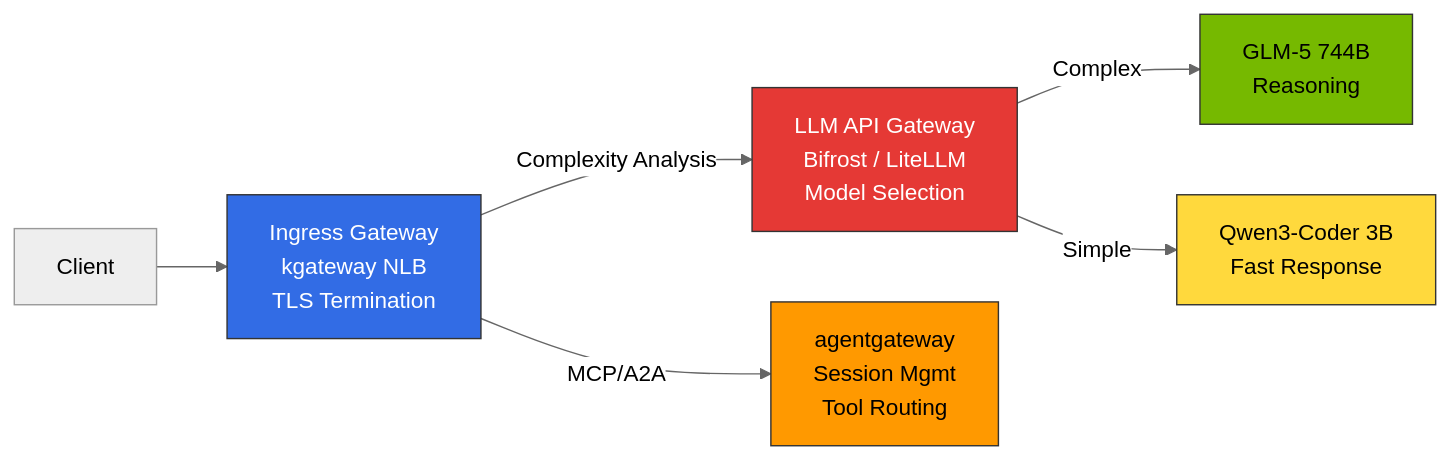
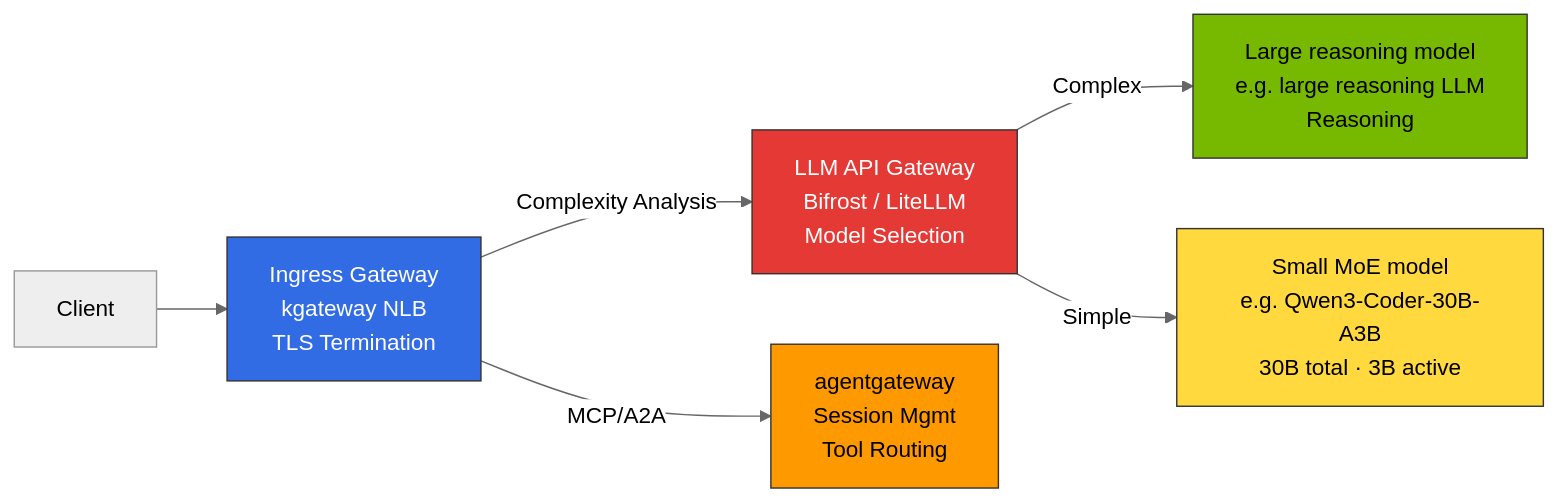
One commit to devfloor9/engineering-playbook changed the first of 4 diagrams in docs/agentic-ai-platform/model-serving/inference-routing/routing-strategy.md. Above: the diagram before and after it, drawn with Mermaid (neutral theme). The commit also changed other lines of this file and 37 other files, not shown here.

````diff
--- a/docs/agentic-ai-platform/model-serving/inference-routing/routing-strategy.md
+++ b/docs/agentic-ai-platform/model-serving/inference-routing/routing-strategy.md
@@ -55,14 +55,14 @@
 ```mermaid
 graph LR
     Client[Client] --> IGW[Ingress Gateway<br/>kgateway NLB<br/>TLS Termination]
     IGW -->|Complexity Analysis| IFG[LLM API Gateway<br/>Bifrost / LiteLLM<br/>Model Selection]
-    IFG -->|Complex| LLM[GLM-5 744B<br/>Reasoning]
-    IFG -->|Simple| SLM[Qwen3-Coder 3B<br/>Fast Response]
+    IFG -->|Complex| LLM[Large reasoning model<br/>e.g. large reasoning LLM<br/>Reasoning]
+    IFG -->|Simple| SLM[Small MoE model<br/>e.g. Qwen3-Coder-30B-A3B<br/>30B total · 3B active]
     IGW -->|MCP/A2A| AGW[agentgateway<br/>Session Mgmt<br/>Tool Routing]
 
     style IGW fill:#326ce5,stroke:#333,color:#fff
     style IFG fill:#e53935,stroke:#333,color:#fff
     style AGW fill:#ff9900,stroke:#333,color:#000
     style LLM fill:#76b900,stroke:#333,color:#000
     style SLM fill:#ffd93d,stroke:#333,color:#000
 ```
````
